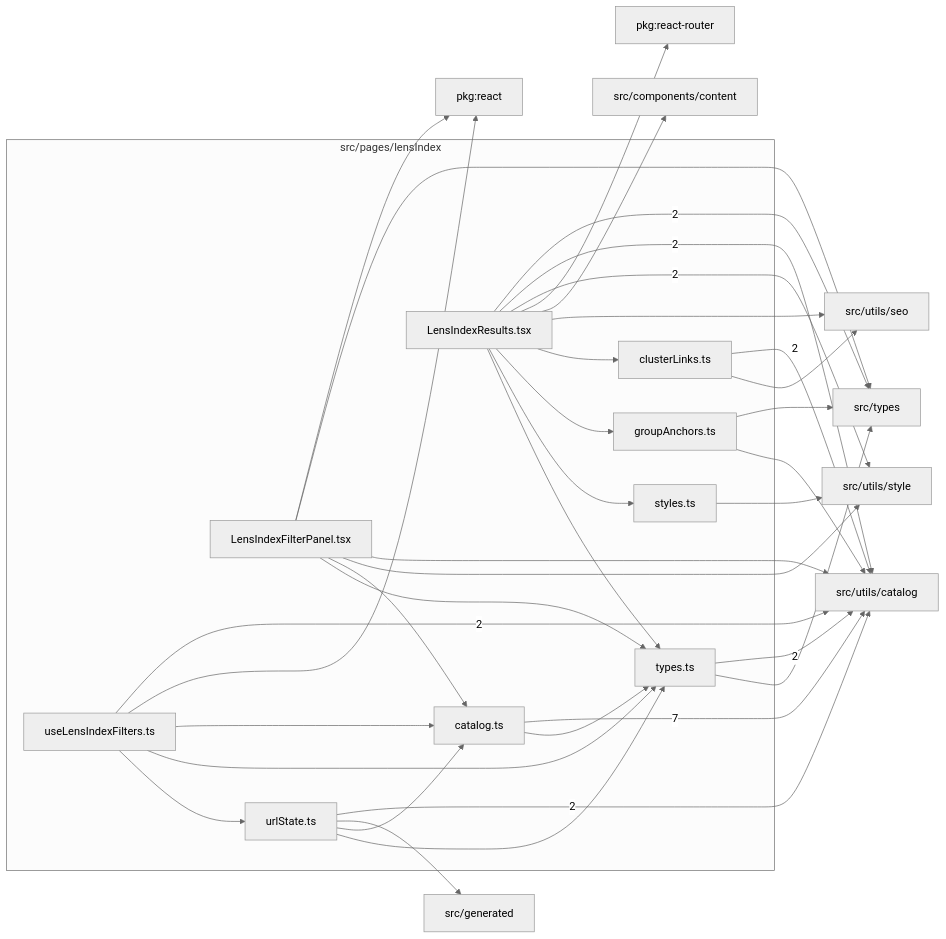
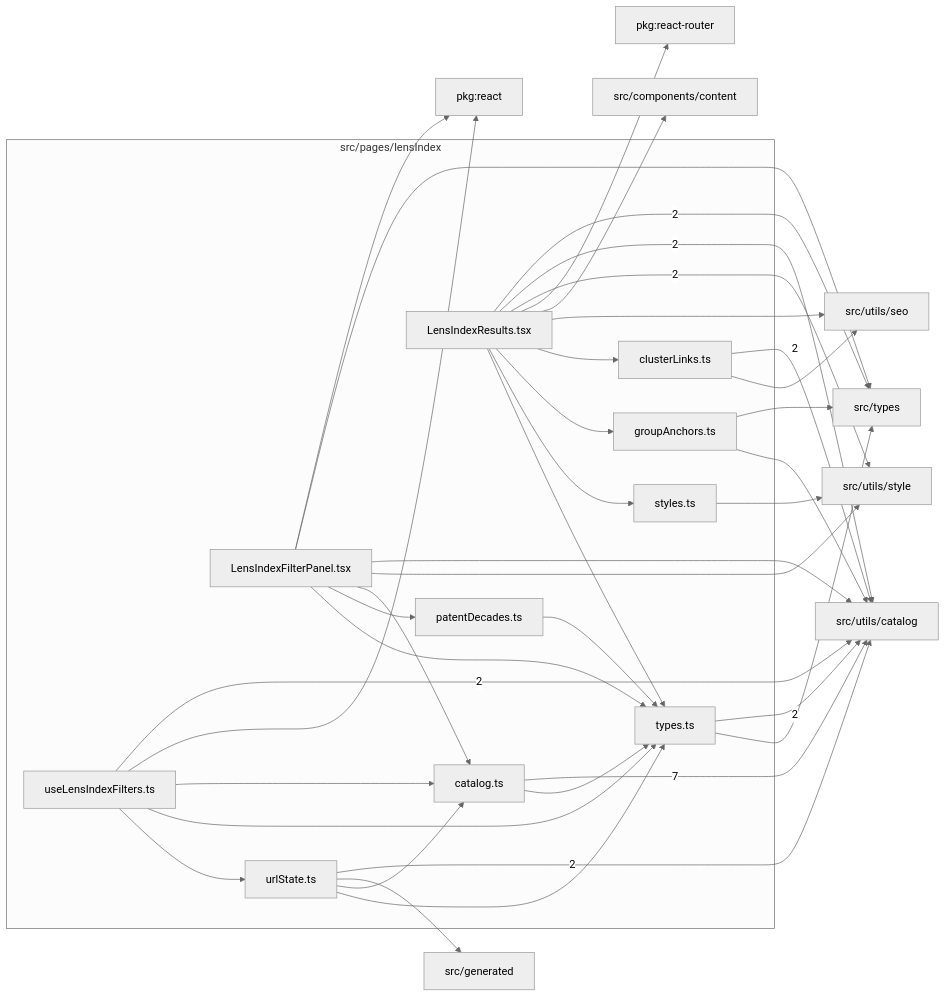
One commit to ronbuening/LensVisualizer changed the diagram in src/pages/lensIndex/readme.md. Above: the diagram before and after it, drawn with Mermaid (neutral theme). The commit also changed other lines of this file and 7 other files, not shown here.

First line of the commit message:
Add decade chips to the lens library's patent-date filter

````diff
--- a/src/pages/lensIndex/readme.md
+++ b/src/pages/lensIndex/readme.md
@@ -9,56 +9,59 @@
 ```mermaid
 flowchart LR
   subgraph n_src_pages_lensIndex["src/pages/lensIndex"]
     n_src_pages_lensIndex_src_pages_lensIndex_catalog_ts["catalog.ts"]
     n_src_pages_lensIndex_src_pages_lensIndex_clusterLinks_ts["clusterLinks.ts"]
     n_src_pages_lensIndex_src_pages_lensIndex_groupAnchors_ts["groupAnchors.ts"]
     n_src_pages_lensIndex_src_pages_lensIndex_LensIndexFilterPanel_tsx["LensIndexFilterPanel.tsx"]
     n_src_pages_lensIndex_src_pages_lensIndex_LensIndexResults_tsx["LensIndexResults.tsx"]
+    n_src_pages_lensIndex_src_pages_lensIndex_patentDecades_ts["patentDecades.ts"]
     n_src_pages_lensIndex_src_pages_lensIndex_styles_ts["styles.ts"]
     n_src_pages_lensIndex_src_pages_lensIndex_types_ts["types.ts"]
     n_src_pages_lensIndex_src_pages_lensIndex_urlState_ts["urlState.ts"]
     n_src_pages_lensIndex_src_pages_lensIndex_useLensIndexFilters_ts["useLensIndexFilters.ts"]
   end
   n_external_src_utils_catalog["src/utils/catalog"]
   n_external_src_types["src/types"]
   n_external_src_utils_style["src/utils/style"]
   n_external_pkg_react["pkg:react"]
   n_external_pkg_react_router["pkg:react-router"]
   n_external_src_components_content["src/components/content"]
   n_external_src_generated["src/generated"]
   n_external_src_utils_seo["src/utils/seo"]
   n_src_pages_lensIndex_src_pages_lensIndex_catalog_ts --> |7| n_external_src_utils_catalog
   n_src_pages_lensIndex_src_pages_lensIndex_LensIndexResults_tsx --> |2| n_external_src_types
   n_src_pages_lensIndex_src_pages_lensIndex_clusterLinks_ts --> |2| n_external_src_utils_catalog
   n_src_pages_lensIndex_src_pages_lensIndex_LensIndexResults_tsx --> |2| n_external_src_utils_catalog
   n_src_pages_lensIndex_src_pages_lensIndex_types_ts --> |2| n_external_src_utils_catalog
   n_src_pages_lensIndex_src_pages_lensIndex_urlState_ts --> |2| n_external_src_utils_catalog
   n_src_pages_lensIndex_src_pages_lensIndex_useLensIndexFilters_ts --> |2| n_external_src_utils_catalog
   n_src_pages_lensIndex_src_pages_lensIndex_LensIndexResults_tsx --> |2| n_external_src_utils_style
   n_src_pages_lensIndex_src_pages_lensIndex_LensIndexFilterPanel_tsx --> n_external_pkg_react
   n_src_pages_lensIndex_src_pages_lensIndex_useLensIndexFilters_ts --> n_external_pkg_react
   n_src_pages_lensIndex_src_pages_lensIndex_LensIndexResults_tsx --> n_external_pkg_react_router
   n_src_pages_lensIndex_src_pages_lensIndex_LensIndexResults_tsx --> n_external_src_components_content
   n_src_pages_lensIndex_src_pages_lensIndex_urlState_ts --> n_external_src_generated
   n_src_pages_lensIndex_src_pages_lensIndex_groupAnchors_ts --> n_external_src_types
   n_src_pages_lensIndex_src_pages_lensIndex_LensIndexFilterPanel_tsx --> n_external_src_types
   n_src_pages_lensIndex_src_pages_lensIndex_types_ts --> n_external_src_types
   n_src_pages_lensIndex_src_pages_lensIndex_groupAnchors_ts --> n_external_src_utils_catalog
   n_src_pages_lensIndex_src_pages_lensIndex_LensIndexFilterPanel_tsx --> n_external_src_utils_catalog
   n_src_pages_lensIndex_src_pages_lensIndex_clusterLinks_ts --> n_external_src_utils_seo
   n_src_pages_lensIndex_src_pages_lensIndex_LensIndexResults_tsx --> n_external_src_utils_seo
   n_src_pages_lensIndex_src_pages_lensIndex_LensIndexFilterPanel_tsx --> n_external_src_utils_style
   n_src_pages_lensIndex_src_pages_lensIndex_styles_ts --> n_external_src_utils_style
   n_src_pages_lensIndex_src_pages_lensIndex_LensIndexFilterPanel_tsx --> n_src_pages_lensIndex_src_pages_lensIndex_catalog_ts
   n_src_pages_lensIndex_src_pages_lensIndex_urlState_ts --> n_src_pages_lensIndex_src_pages_lensIndex_catalog_ts
   n_src_pages_lensIndex_src_pages_lensIndex_useLensIndexFilters_ts --> n_src_pages_lensIndex_src_pages_lensIndex_catalog_ts
   n_src_pages_lensIndex_src_pages_lensIndex_LensIndexResults_tsx --> n_src_pages_lensIndex_src_pages_lensIndex_clusterLinks_ts
   n_src_pages_lensIndex_src_pages_lensIndex_LensIndexResults_tsx --> n_src_pages_lensIndex_src_pages_lensIndex_groupAnchors_ts
+  n_src_pages_lensIndex_src_pages_lensIndex_LensIndexFilterPanel_tsx --> n_src_pages_lensIndex_src_pages_lensIndex_patentDecades_ts
   n_src_pages_lensIndex_src_pages_lensIndex_LensIndexResults_tsx --> n_src_pages_lensIndex_src_pages_lensIndex_styles_ts
   n_src_pages_lensIndex_src_pages_lensIndex_catalog_ts --> n_src_pages_lensIndex_src_pages_lensIndex_types_ts
   n_src_pages_lensIndex_src_pages_lensIndex_LensIndexFilterPanel_tsx --> n_src_pages_lensIndex_src_pages_lensIndex_types_ts
   n_src_pages_lensIndex_src_pages_lensIndex_LensIndexResults_tsx --> n_src_pages_lensIndex_src_pages_lensIndex_types_ts
+  n_src_pages_lensIndex_src_pages_lensIndex_patentDecades_ts --> n_src_pages_lensIndex_src_pages_lensIndex_types_ts
   n_src_pages_lensIndex_src_pages_lensIndex_urlState_ts --> n_src_pages_lensIndex_src_pages_lensIndex_types_ts
   n_src_pages_lensIndex_src_pages_lensIndex_useLensIndexFilters_ts --> n_src_pages_lensIndex_src_pages_lensIndex_types_ts
   n_src_pages_lensIndex_src_pages_lensIndex_useLensIndexFilters_ts --> n_src_pages_lensIndex_src_pages_lensIndex_urlState_ts
 ```
````
